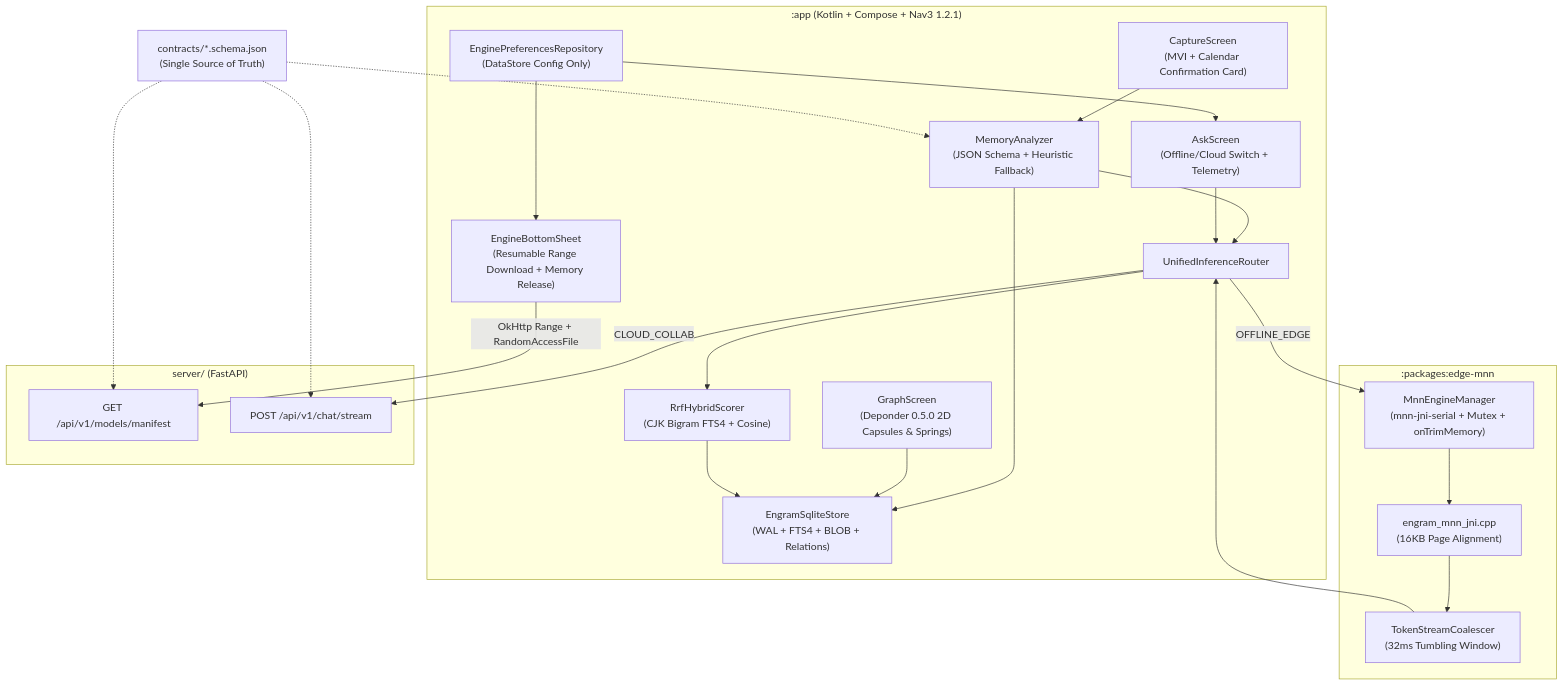
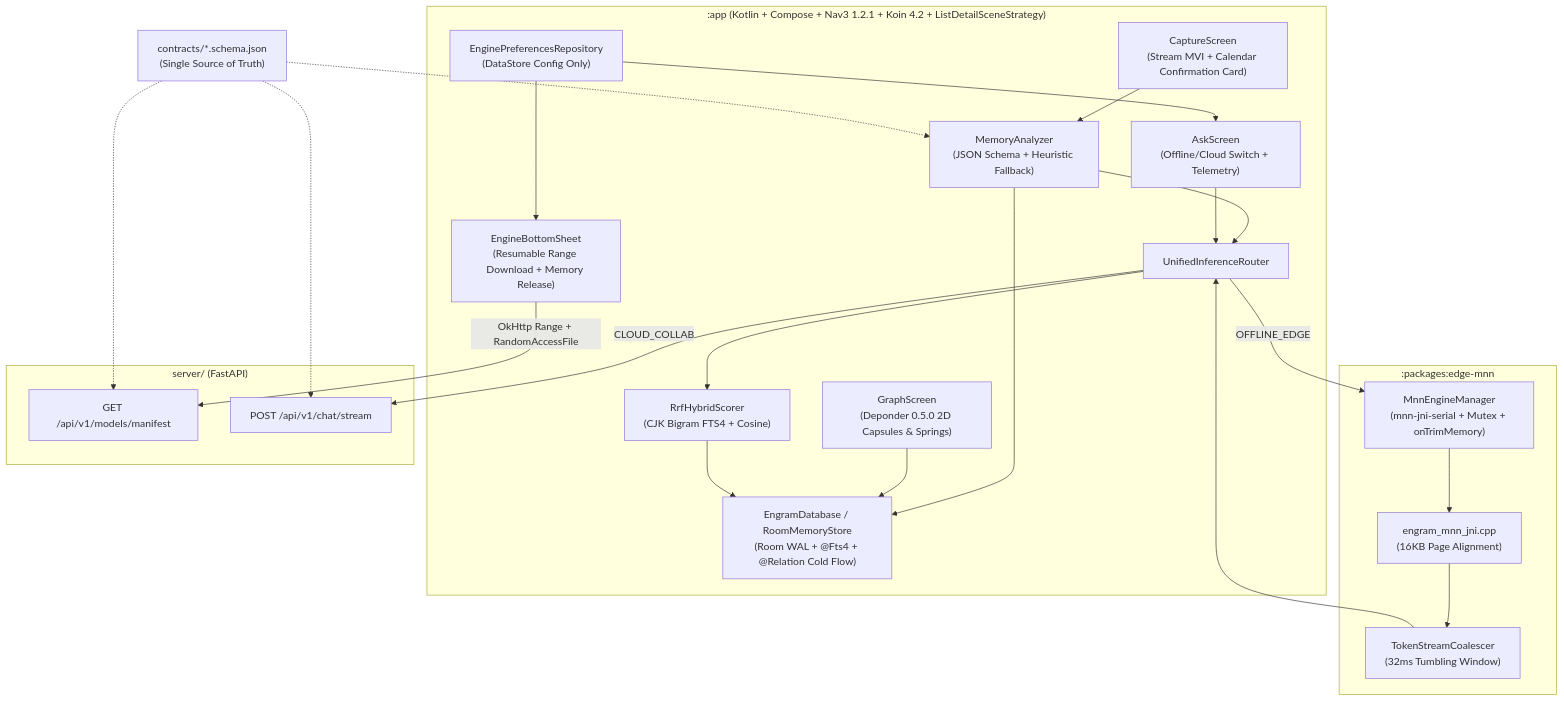
Before and after one commit to cinpeCan/Engram: the first of 2 diagrams in docs/architecture.md, drawn with Mermaid. The commit also changed 45 other files, not shown here.

First line of the commit message:
refactor(app): adopt Room cold flows, Koin Nav3 DI, and fine-grained stream MVI

````diff
--- a/docs/architecture.md
+++ b/docs/architecture.md
@@ -5,42 +5,42 @@
 ```mermaid
 flowchart TB
     Contracts["contracts/*.schema.json\n(Single Source of Truth)"]
 
-    subgraph AndroidApp[":app (Kotlin + Compose + Nav3 1.2.1)"]
-        Capture["CaptureScreen\n(MVI + Calendar Confirmation Card)"]
+    subgraph AndroidApp[":app (Kotlin + Compose + Nav3 1.2.1 + Koin 4.2 + ListDetailSceneStrategy)"]
+        Capture["CaptureScreen\n(Stream MVI + Calendar Confirmation Card)"]
         Graph["GraphScreen\n(Deponder 0.5.0 2D Capsules & Springs)"]
         Ask["AskScreen\n(Offline/Cloud Switch + Telemetry)"]
         Sheet["EngineBottomSheet\n(Resumable Range Download + Memory Release)"]
 
         Analyzer["MemoryAnalyzer\n(JSON Schema + Heuristic Fallback)"]
         Retriever["RrfHybridScorer\n(CJK Bigram FTS4 + Cosine)"]
         Router["UnifiedInferenceRouter"]
 
-        SQLite["EngramSqliteStore\n(WAL + FTS4 + BLOB + Relations)"]
+        SQLite["EngramDatabase / RoomMemoryStore\n(Room WAL + @Fts4 + @Relation Cold Flow)"]
         Prefs["EnginePreferencesRepository\n(DataStore Config Only)"]
     end
 
     subgraph EdgeRuntime[":packages:edge-mnn"]
         Manager["MnnEngineManager\n(mnn-jni-serial + Mutex + onTrimMemory)"]
         Coalescer["TokenStreamCoalescer\n(32ms Tumbling Window)"]
         JNI["engram_mnn_jni.cpp\n(16KB Page Alignment)"]
     end
 
     subgraph Gateway["server/ (FastAPI)"]
         Manifest["GET /api/v1/models/manifest"]
         SSE["POST /api/v1/chat/stream"]
     end
 
     Capture --> Analyzer --> Router
     Analyzer --> SQLite
     Graph --> SQLite
     Ask --> Router
     Router --> Retriever --> SQLite
     Router -->|OFFLINE_EDGE| Manager
     Router -->|CLOUD_COLLAB| SSE
     Sheet -->|OkHttp Range + RandomAccessFile| Manifest
     Manager --> JNI
     JNI --> Coalescer --> Router
     Contracts -.-> Analyzer & Manifest & SSE
     Prefs --> Ask & Sheet
 ```
````
